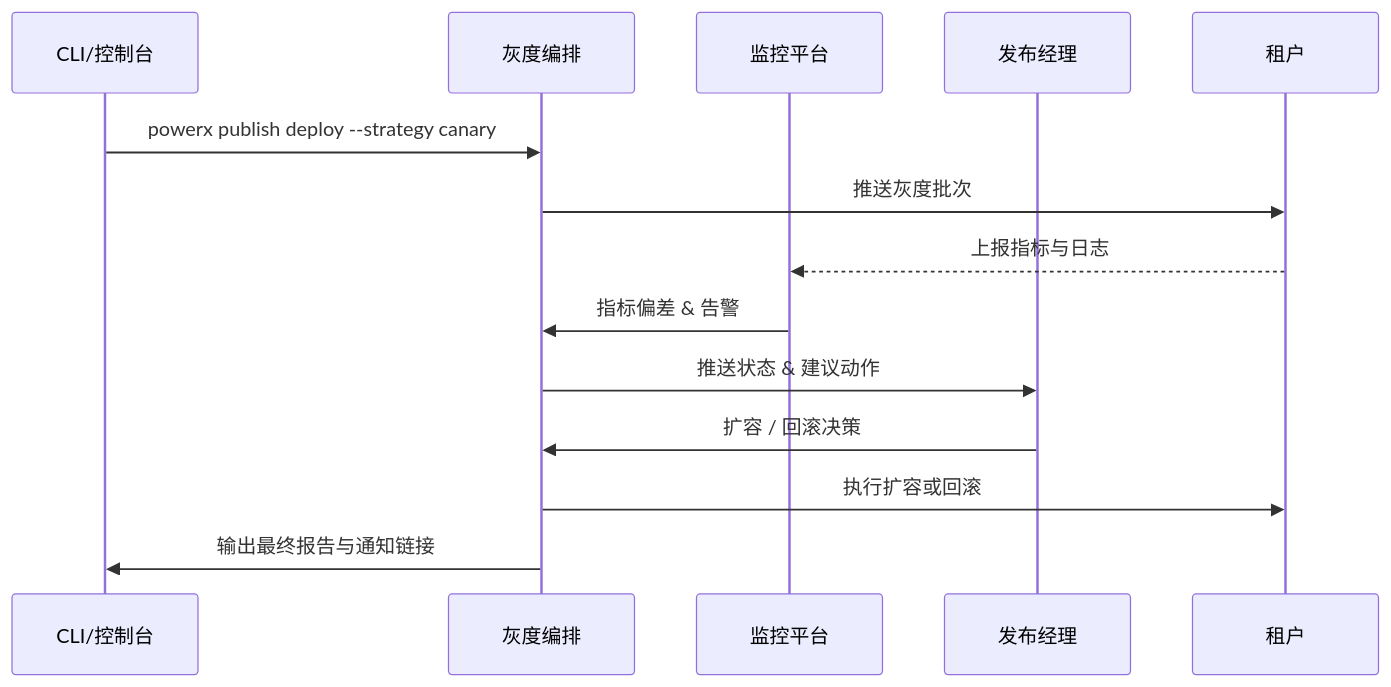
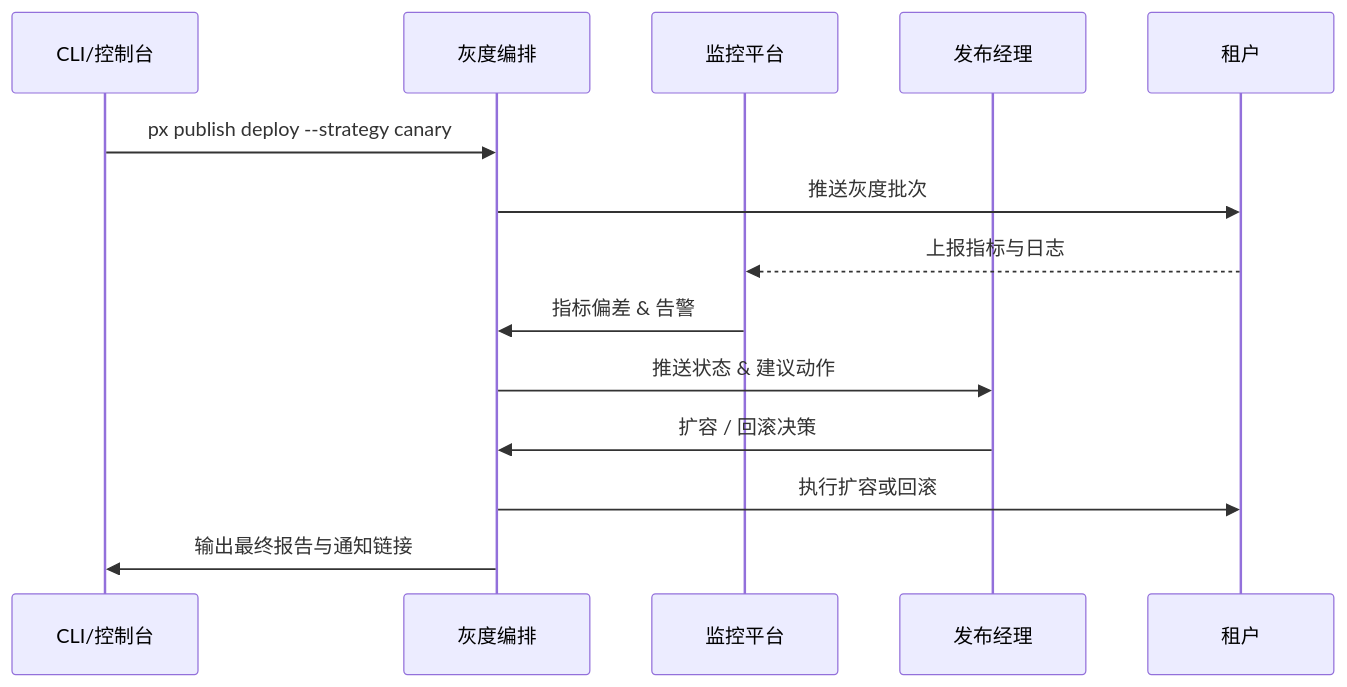
Before and after one commit to ArtisanCloud/PowerX: the diagram in docs/use_cases/_from_hub/SCN-DEV-PLUGIN-PUBLISH-001/UC-DEV-PLUGIN-CICD-CANARY-001.md, drawn with Mermaid. The commit also changed other lines of this file and 64 other files, not shown here.

````diff
--- a/docs/use_cases/_from_hub/SCN-DEV-PLUGIN-PUBLISH-001/UC-DEV-PLUGIN-CICD-CANARY-001.md
+++ b/docs/use_cases/_from_hub/SCN-DEV-PLUGIN-PUBLISH-001/UC-DEV-PLUGIN-CICD-CANARY-001.md
@@ -84,17 +84,17 @@
 ```mermaid
 sequenceDiagram
   participant CLI as CLI/控制台
   participant Pipeline as 灰度编排
   participant Monitor as 监控平台
   participant Ops as 发布经理
   participant Tenants as 租户
 
-  CLI->>Pipeline: powerx publish deploy --strategy canary
+  CLI->>Pipeline: px publish deploy --strategy canary
   Pipeline->>Tenants: 推送灰度批次
   Tenants-->>Monitor: 上报指标与日志
   Monitor->>Pipeline: 指标偏差 & 告警
   Pipeline->>Ops: 推送状态 & 建议动作
   Ops->>Pipeline: 扩容 / 回滚决策
   Pipeline->>Tenants: 执行扩容或回滚
   Pipeline->>CLI: 输出最终报告与通知链接
 ```
````
